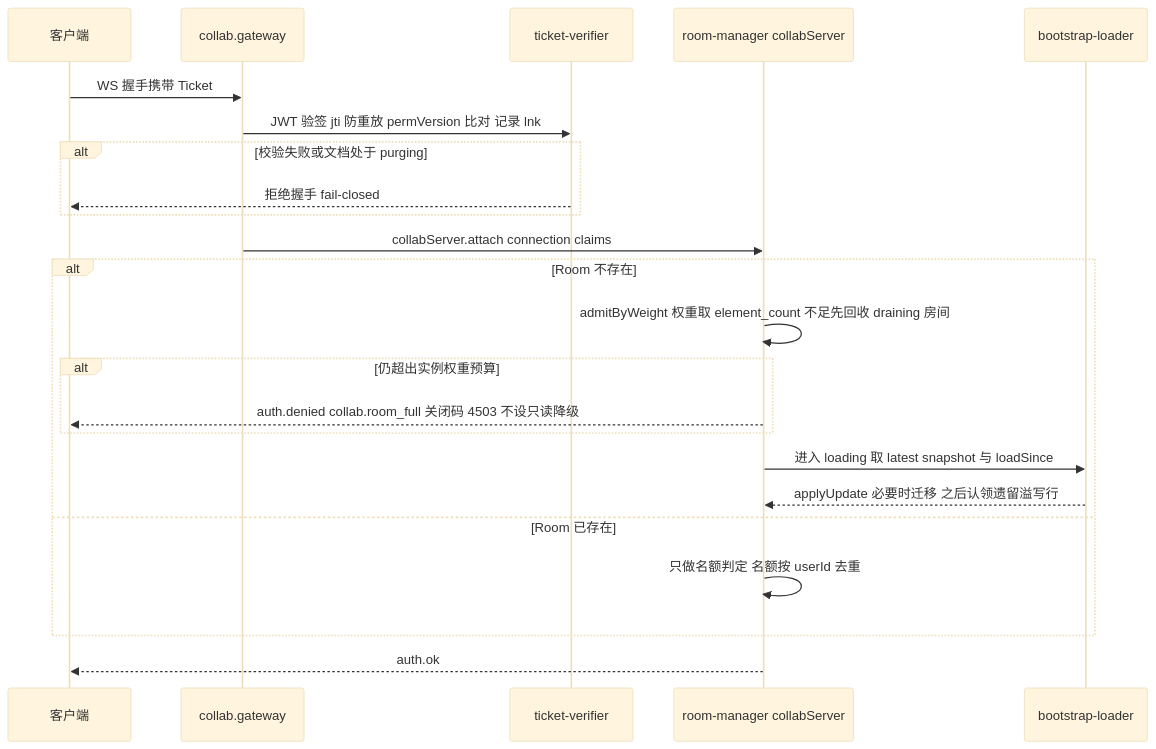
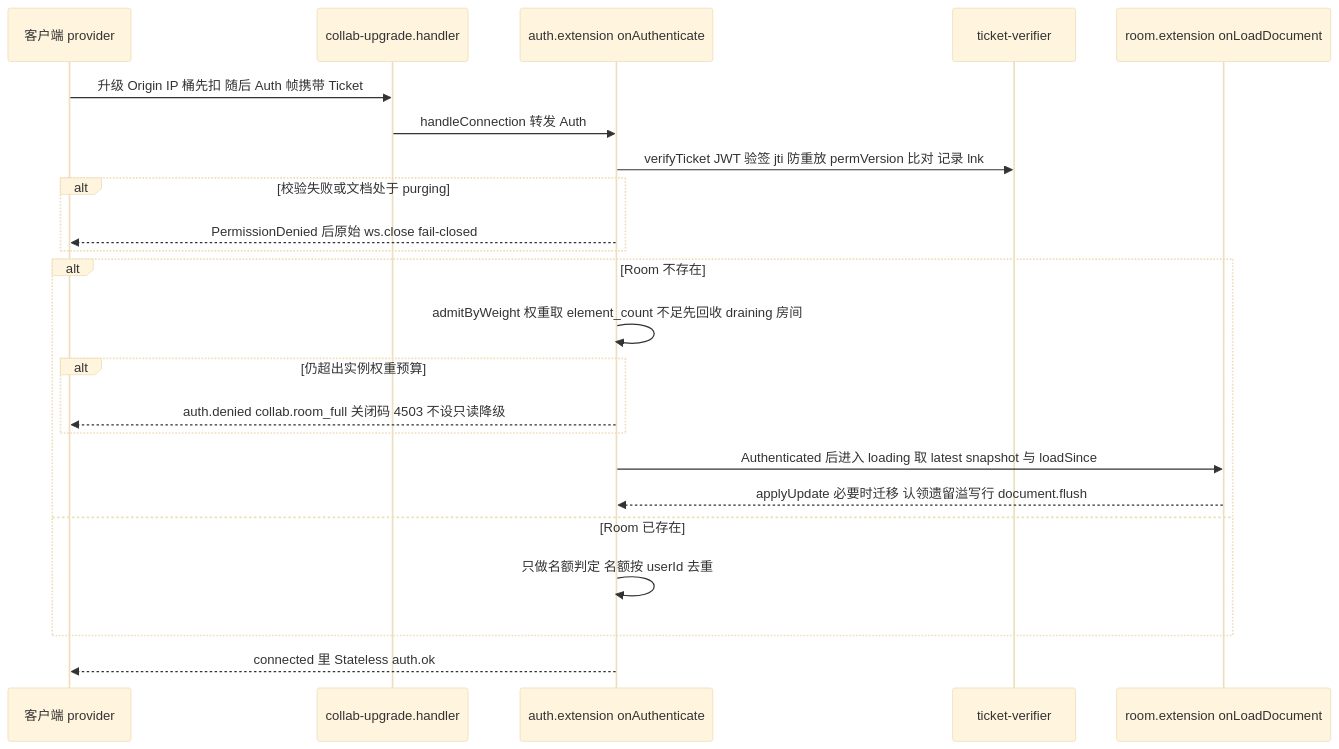
The sixth of 11 diagrams in docs/40-modules/09-server-collab-gateway-and-headless-host.md (Xeonice/cordis-ppt-editor), drawn with Mermaid (base theme) before and after one commit. The commit also changed other lines of this file and 78 other files, not shown here.

````diff
--- a/docs/40-modules/09-server-collab-gateway-and-headless-host.md
+++ b/docs/40-modules/09-server-collab-gateway-and-headless-host.md
@@ -327,25 +335,25 @@
 ```mermaid
 sequenceDiagram
-  participant client as 客户端
-  participant gw as collab.gateway
+  participant client as 客户端 provider
+  participant up as collab-upgrade.handler
+  participant rm as auth.extension onAuthenticate
   participant tv as ticket-verifier
-  participant rm as room-manager collabServer
-  participant boot as bootstrap-loader
-  client->>gw: WS 握手携带 Ticket
-  gw->>tv: JWT 验签 jti 防重放 permVersion 比对 记录 lnk
+  participant boot as room.extension onLoadDocument
+  client->>up: 升级 Origin IP 桶先扣 随后 Auth 帧携带 Ticket
+  up->>rm: handleConnection 转发 Auth
+  rm->>tv: verifyTicket JWT 验签 jti 防重放 permVersion 比对 记录 lnk
   alt 校验失败或文档处于 purging
-    tv-->>client: 拒绝握手 fail-closed
+    rm-->>client: PermissionDenied 后原始 ws.close fail-closed
   end
-  gw->>rm: collabServer.attach connection claims
   alt Room 不存在
     rm->>rm: admitByWeight 权重取 element_count 不足先回收 draining 房间
     alt 仍超出实例权重预算
       rm-->>client: auth.denied collab.room_full 关闭码 4503 不设只读降级
     end
-    rm->>boot: 进入 loading 取 latest snapshot 与 loadSince
-    boot-->>rm: applyUpdate 必要时迁移 之后认领遗留溢写行
+    rm->>boot: Authenticated 后进入 loading 取 latest snapshot 与 loadSince
+    boot-->>rm: applyUpdate 必要时迁移 认领遗留溢写行 document.flush
   else Room 已存在
     rm->>rm: 只做名额判定 名额按 userId 去重
   end
-  rm-->>client: auth.ok
+  rm-->>client: connected 里 Stateless auth.ok
 ```
````
